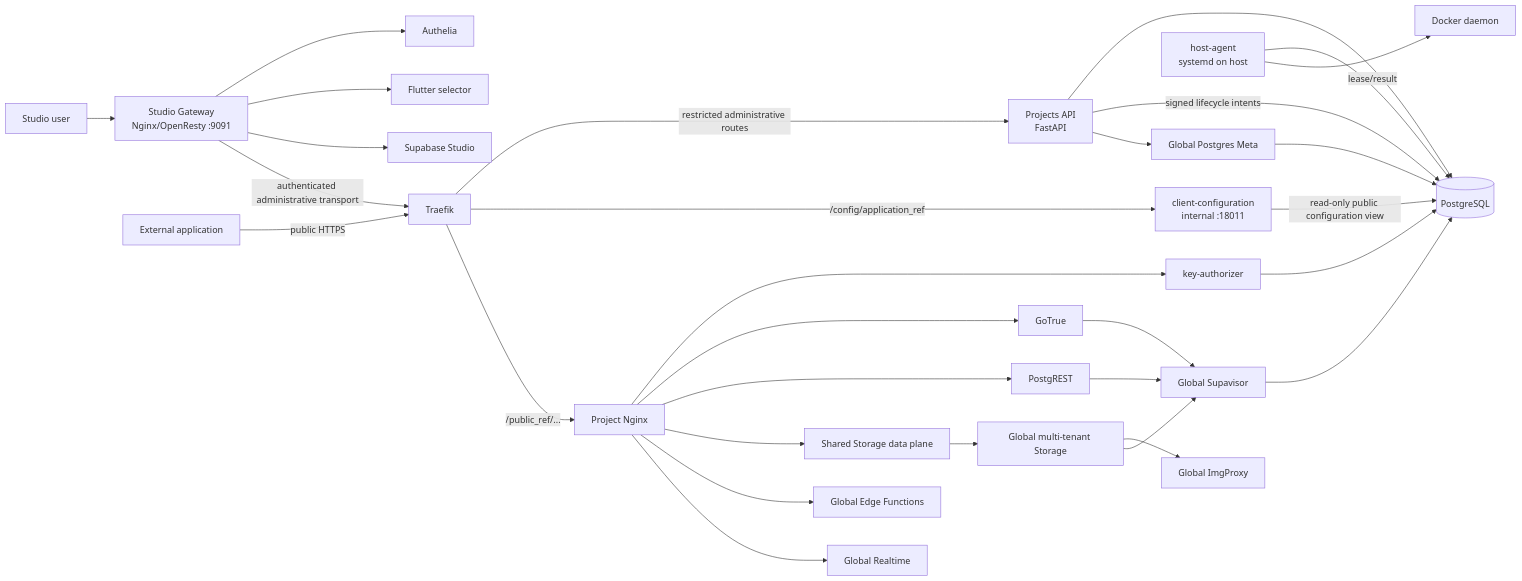
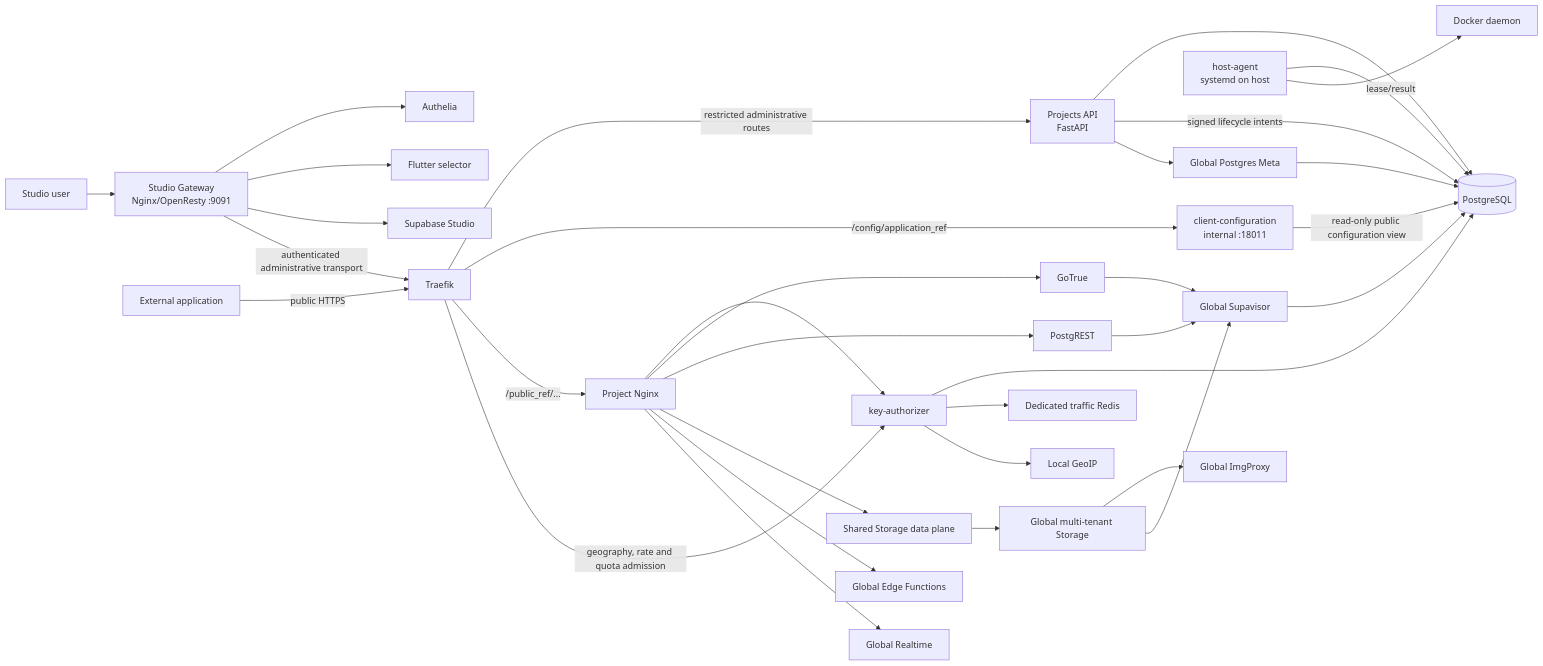
Before and after one commit to GustavoMartins123/supabase-multitenant: the diagram in README.md, drawn with Mermaid. The commit also changed other lines of this file and 158 other files, not shown here.

````diff
--- a/README.md
+++ b/README.md
@@ -44,37 +50,40 @@
 ```mermaid
 flowchart LR
     StudioUser[Studio user] --> StudioGateway[Studio Gateway\nNginx/OpenResty :9091]
     StudioGateway --> Authelia[Authelia]
     StudioGateway --> Flutter[Flutter selector]
     StudioGateway --> Studio[Supabase Studio]
 
     StudioGateway -->|authenticated administrative transport| Traefik[Traefik]
     ExternalApp[External application] -->|public HTTPS| Traefik
     Traefik -->|restricted administrative routes| ProjectsAPI[Projects API\nFastAPI]
     Traefik -->|/config/application_ref| ClientConfiguration[client-configuration\ninternal :18011]
     ClientConfiguration -->|read-only public configuration view| PostgreSQL
     Traefik -->|/public_ref/...| TenantGateway[Project Nginx]
 
     ProjectsAPI --> PostgreSQL[(PostgreSQL)]
     ProjectsAPI -->|signed lifecycle intents| PostgreSQL
     HostAgent[host-agent\nsystemd on host] -->|lease/result| PostgreSQL
     HostAgent --> Docker[Docker daemon]
 
     TenantGateway --> KeyAuthorizer[key-authorizer]
+    Traefik -->|geography, rate and quota admission| KeyAuthorizer
     KeyAuthorizer --> PostgreSQL
+    KeyAuthorizer --> TrafficRedis[Dedicated traffic Redis]
+    KeyAuthorizer --> GeoIP[Local GeoIP]
     TenantGateway --> Auth[GoTrue]
     TenantGateway --> Rest[PostgREST]
     TenantGateway --> StorageDataPlane[Shared Storage data plane]
     StorageDataPlane --> Storage[Global multi-tenant Storage]
     Storage --> ImgProxy[Global ImgProxy]
     TenantGateway --> Functions[Global Edge Functions]
     TenantGateway --> Realtime[Global Realtime]
 
     Auth --> Supavisor[Global Supavisor]
     Rest --> Supavisor
     Storage --> Supavisor
     Supavisor --> PostgreSQL
 
     ProjectsAPI --> PostgresMeta[Global Postgres Meta]
     PostgresMeta --> PostgreSQL
 ```
````
